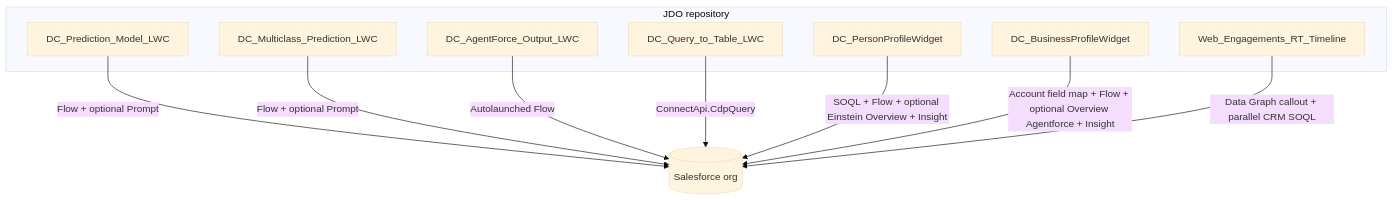
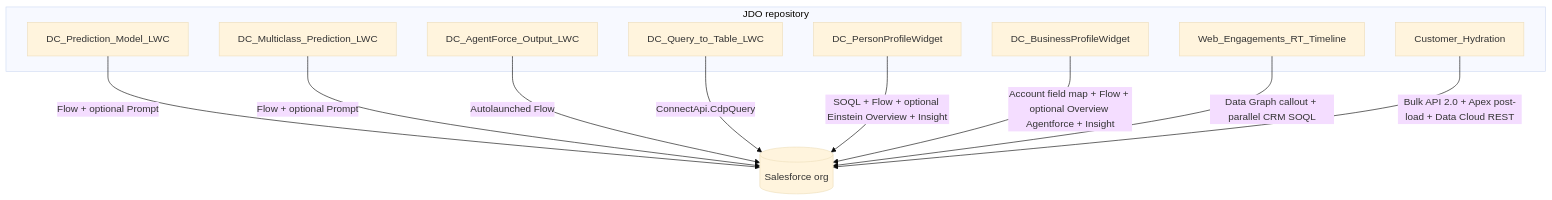
Before and after one commit to josers18/JDO: the diagram in docs/MONOREPO_OVERVIEW.md, drawn with Mermaid (base theme). The commit also changed other lines of this file and 5 other files, not shown here.

Commit message:
docs: close Phase 1 — Customer_Hydration registered + AGENTS.md final pass + acceptance summary

````diff
--- a/docs/MONOREPO_OVERVIEW.md
+++ b/docs/MONOREPO_OVERVIEW.md
@@ -7,19 +7,21 @@
 ```mermaid
 flowchart TB
     subgraph repo [JDO repository]
         P[DC_Prediction_Model_LWC]
         M[DC_Multiclass_Prediction_LWC]
         A[DC_AgentForce_Output_LWC]
         Q[DC_Query_to_Table_LWC]
         C[DC_PersonProfileWidget]
         B[DC_BusinessProfileWidget]
         W[Web_Engagements_RT_Timeline]
+        H[Customer_Hydration]
     end
     P --> |Flow + optional Prompt| SF[(Salesforce org)]
     M --> |Flow + optional Prompt| SF
     A --> |Autolaunched Flow| SF
     Q --> |ConnectApi.CdpQuery| SF
     C --> |SOQL + Flow + optional Einstein Overview + Insight| SF
     B --> |Account field map + Flow + optional Overview Agentforce + Insight| SF
     W --> |Data Graph callout + parallel CRM SOQL| SF
+    H --> |Bulk API 2.0 + Apex post-load + Data Cloud REST| SF
 ```
````
